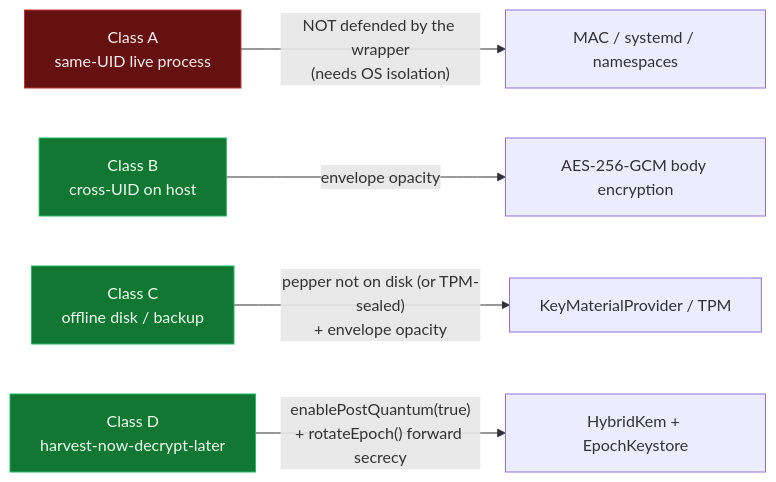
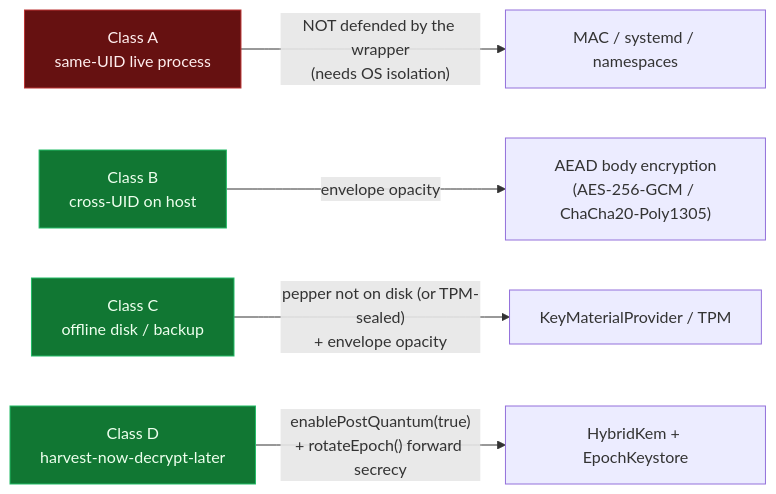
One commit to swiesend/secret-service changed the second of 2 diagrams in docs/architecture/index.md. Above: the diagram before and after it, drawn with Mermaid. The commit also changed 14 other files, not shown here.

````diff
--- a/docs/architecture/index.md
+++ b/docs/architecture/index.md
@@ -61,15 +61,15 @@
 ```mermaid
 flowchart LR
     A["Class A<br/>same-UID live process"]:::no
     B["Class B<br/>cross-UID on host"]:::yes
     C["Class C<br/>offline disk / backup"]:::yes
     D["Class D<br/>harvest-now-decrypt-later"]:::yes
 
     A -->|"NOT defended by the wrapper<br/>(needs OS isolation)"| osiso["MAC / systemd / namespaces"]
-    B -->|"envelope opacity"| env["AES-256-GCM body encryption"]
+    B -->|"envelope opacity"| env["AEAD body encryption<br/>(AES-256-GCM / ChaCha20-Poly1305)"]
     C -->|"pepper not on disk (or TPM-sealed)<br/>+ envelope opacity"| pep["KeyMaterialProvider / TPM"]
     D -->|"enablePostQuantum(true)<br/>+ rotateEpoch() forward secrecy"| pq["HybridKem + EpochKeystore"]
 
     classDef yes fill:#173,stroke:#2b6,color:#efe;
     classDef no fill:#611,stroke:#b33,color:#fee;
 ```
````
